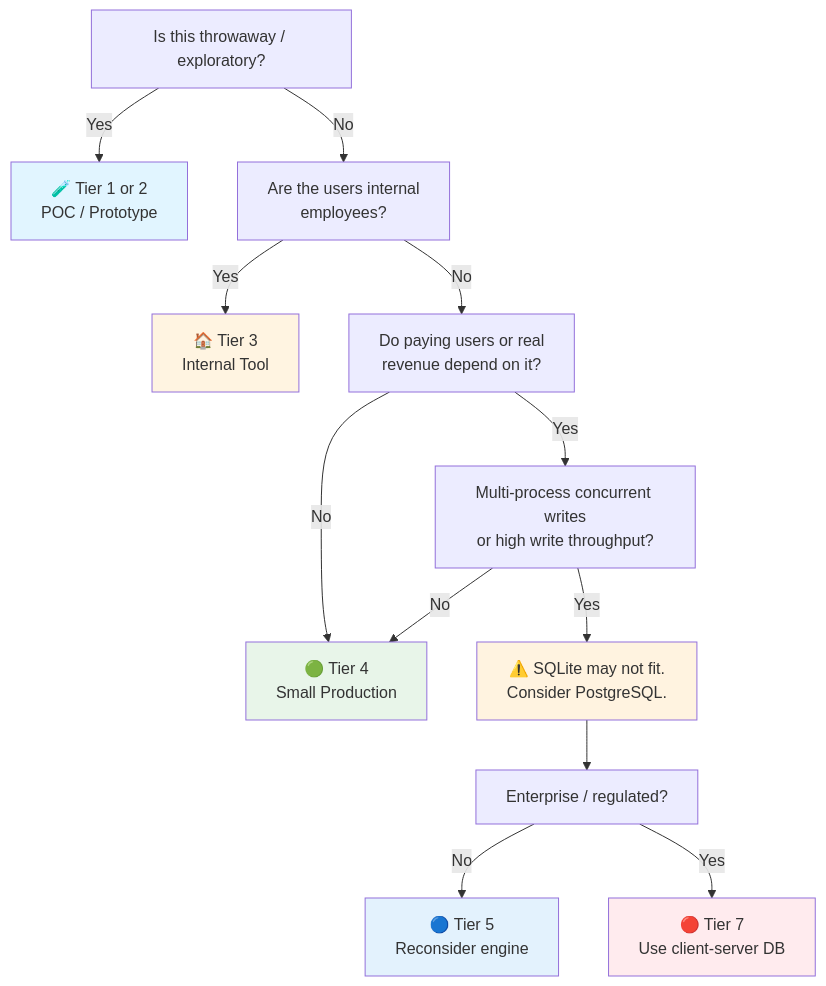
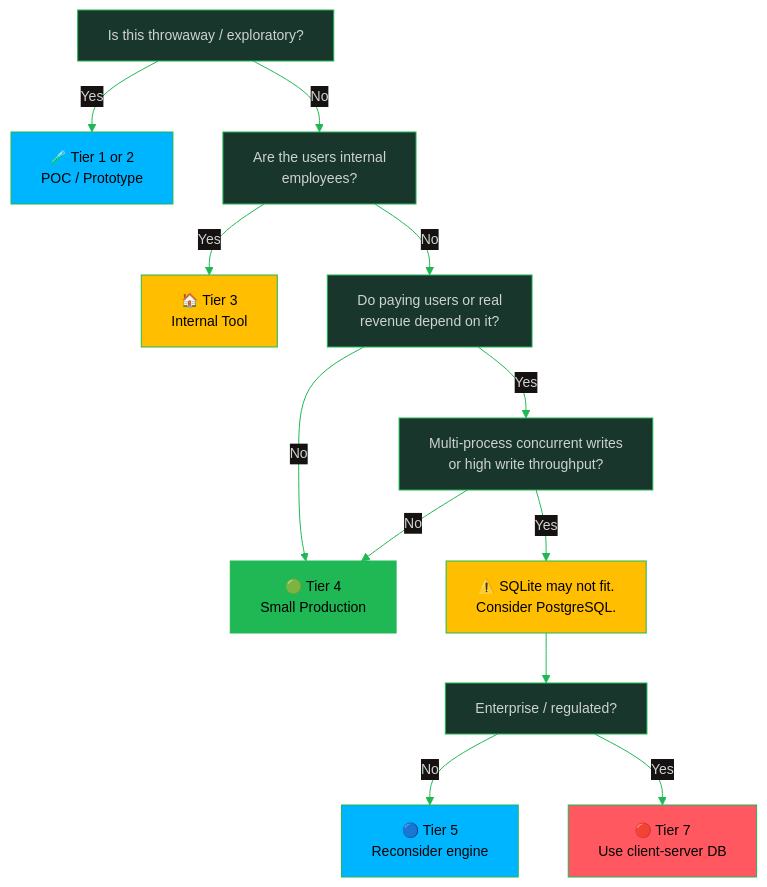
Before and after one commit to oat431/swe-knowledge: the diagram in checklist/database-checklist/sqlite.md, drawn with Mermaid. The commit also changed other lines of this file and 83 other files, not shown here.

````diff
--- a/checklist/database-checklist/sqlite.md
+++ b/checklist/database-checklist/sqlite.md
@@ -137,21 +137,22 @@
 ```mermaid
+%%{init: {'theme':'base','themeVariables':{'primaryColor':'#19362D','primaryTextColor':'#CDD3D1','primaryBorderColor':'#1FB854','lineColor':'#1FB854','secondaryColor':'#161212','tertiaryColor':'#1B1717','background':'#1B1717','mainBkg':'#19362D','nodeBorder':'#1FB854','clusterBkg':'#161212','clusterBorder':'#19362D','titleColor':'#1FB854','edgeLabelBackground':'#161212','fontSize':'14px'}}}%%
 flowchart TD
     A[Is this throwaway / exploratory?] -->|Yes| T1[🧪 Tier 1 or 2<br/>POC / Prototype]
     A -->|No| B[Are the users internal<br/>employees?]
     B -->|Yes| T3[🏠 Tier 3<br/>Internal Tool]
     B -->|No| C[Do paying users or real<br/>revenue depend on it?]
     C -->|No| T4[🟢 Tier 4<br/>Small Production]
     C -->|Yes| D[Multi-process concurrent writes<br/>or high write throughput?]
     D -->|No| T4
     D -->|Yes| WARN[⚠️ SQLite may not fit.<br/>Consider PostgreSQL.]
     WARN --> E[Enterprise / regulated?]
     E -->|No| T5[🔵 Tier 5<br/>Reconsider engine]
     E -->|Yes| T7[🔴 Tier 7<br/>Use client-server DB]
     
-    style T1 fill:#e1f5ff
-    style T3 fill:#fff4e1
-    style T4 fill:#e8f5e9
-    style T5 fill:#e3f2fd
-    style WARN fill:#fff3e0
-    style T7 fill:#ffebee
+    style T1 fill:#00B5FF,color:#000000
+    style T3 fill:#FFBE00,color:#000000
+    style T4 fill:#1FB854,color:#000000
+    style T5 fill:#00B5FF,color:#000000
+    style WARN fill:#FFBE00,color:#000000
+    style T7 fill:#FF5861,color:#000000
 ```
````
